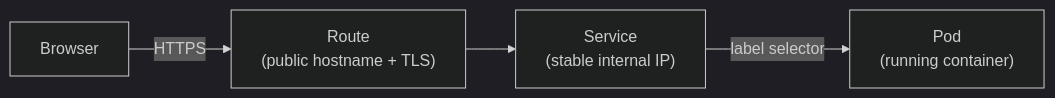
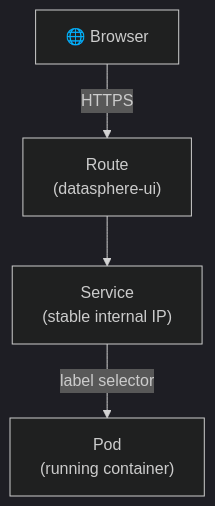
The diagram in content/modules/ROOT/pages/lab-01-openshift-concepts-console.adoc (treddy08/zt-ocp4-getting-started), drawn with Mermaid (dark theme) before and after one commit. The commit also changed other lines of this file and 29 other files, not shown here.

```diff
--- a/content/modules/ROOT/pages/lab-01-openshift-concepts-console.adoc
+++ b/content/modules/ROOT/pages/lab-01-openshift-concepts-console.adoc
@@ -155,7 +186,12 @@
 [mermaid]
 ....
-flowchart LR
-    B["Browser"] -->|"HTTPS"| R["Route\n(public hostname + TLS)"]
-    R --> S["Service\n(stable internal IP)"]
-    S -->|"label selector"| P["Pod\n(running container)"]
+flowchart TB
+    B["🌐 Browser"]
+    R["Route\n(datasphere-ui)"]
+    S["Service\n(stable internal IP)"]
+    P["Pod\n(running container)"]
+
+    B -->|"HTTPS"| R
+    R --> S
+    S -->|"label selector"| P
 ....
```
